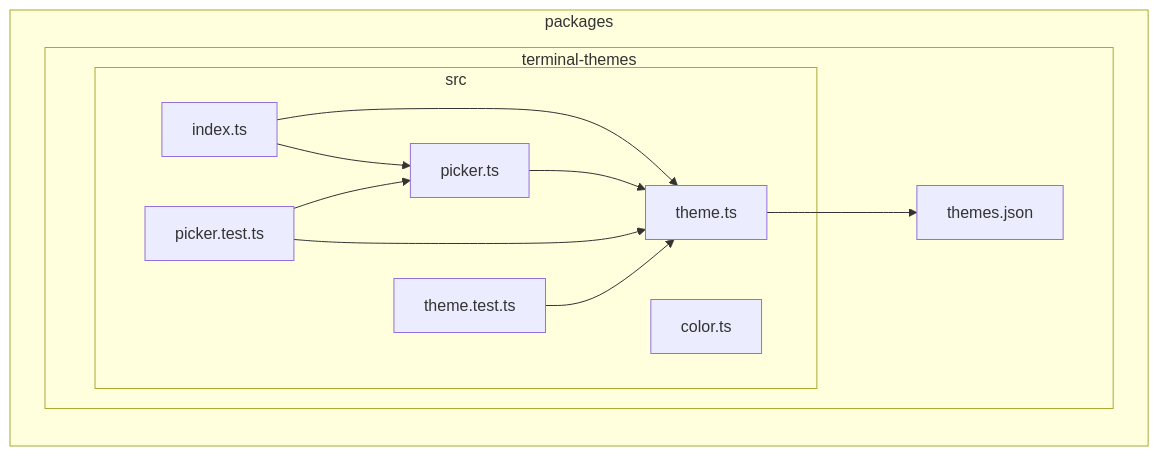
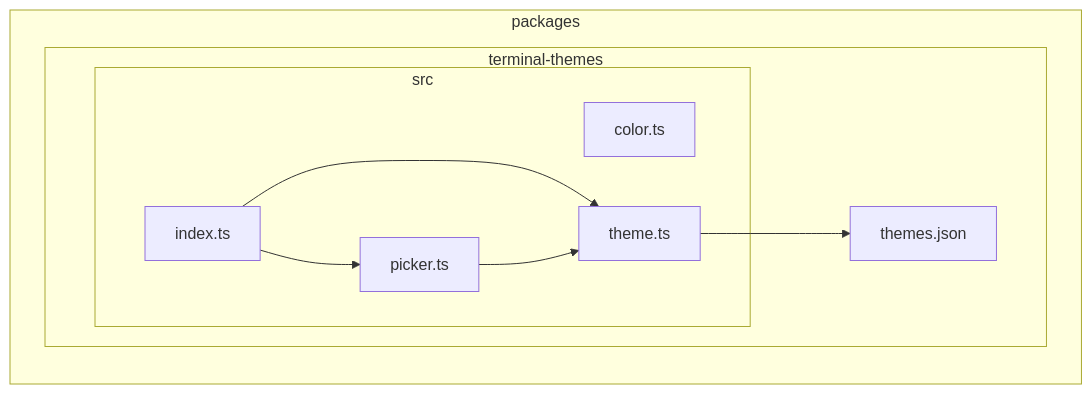
Before and after one commit to juspay/kolu: diagram 15 of 17 in docs/dependency-graph.md, drawn with Mermaid. The commit also changed other lines of this file and 1 other file, not shown here.

First line of the commit message:
chore(depcruise): cluster per-package graphs by subfolder, drop test files

````diff
--- a/docs/dependency-graph.md
+++ b/docs/dependency-graph.md
@@ -1267,24 +719,19 @@
 ```mermaid
 flowchart LR
 
 subgraph packages["packages"]
   subgraph packages_terminal_themes["terminal-themes"]
     subgraph packages_terminal_themes_src["src"]
+      packages_terminal_themes_src_color_ts["color.ts"]
       packages_terminal_themes_src_index_ts["index.ts"]
       packages_terminal_themes_src_picker_ts["picker.ts"]
       packages_terminal_themes_src_theme_ts["theme.ts"]
-      packages_terminal_themes_src_color_ts["color.ts"]
-      packages_terminal_themes_src_picker_test_ts["picker.test.ts"]
-      packages_terminal_themes_src_theme_test_ts["theme.test.ts"]
     end
     packages_terminal_themes_themes_json["themes.json"]
   end
 end
 packages_terminal_themes_src_index_ts-->packages_terminal_themes_src_picker_ts
 packages_terminal_themes_src_index_ts-->packages_terminal_themes_src_theme_ts
 packages_terminal_themes_src_picker_ts-->packages_terminal_themes_src_theme_ts
 packages_terminal_themes_src_theme_ts-->packages_terminal_themes_themes_json
-packages_terminal_themes_src_picker_test_ts-->packages_terminal_themes_src_picker_ts
-packages_terminal_themes_src_picker_test_ts-->packages_terminal_themes_src_theme_ts
-packages_terminal_themes_src_theme_test_ts-->packages_terminal_themes_src_theme_ts
 ```
````
